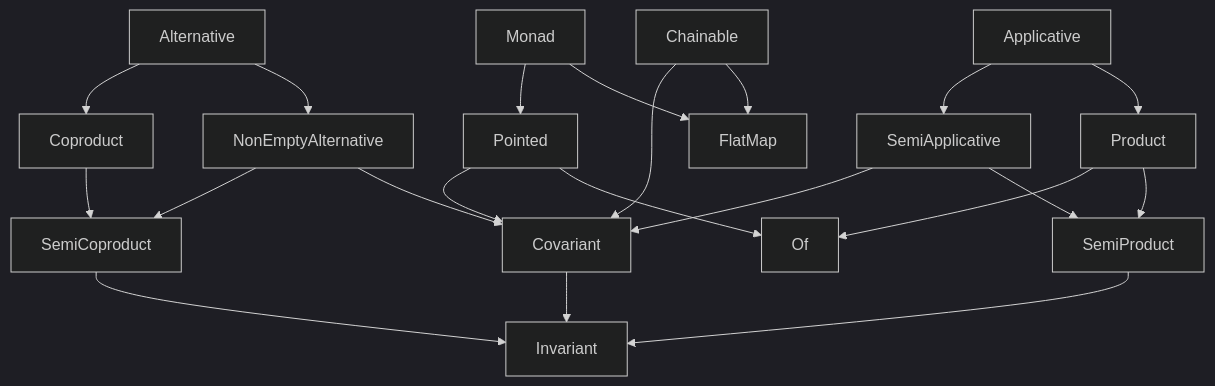
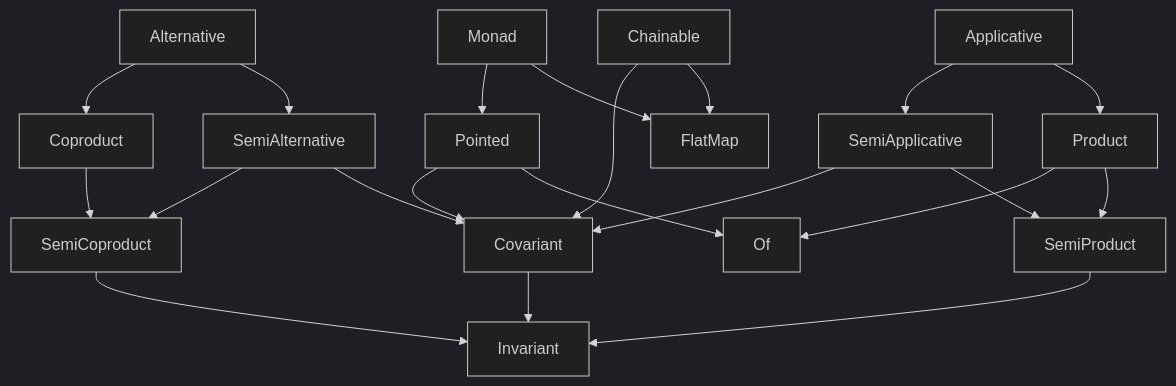
Before and after one commit to fp-ts/core: the diagram in Overview.md, drawn with Mermaid (dark theme). The commit also changed other lines of this file and 6 other files, not shown here.

Commit message:
NonEmptyAlternative: rename to SemiAlternative

````diff
--- a/Overview.md
+++ b/Overview.md
@@ -110,23 +110,23 @@
 ```mermaid
 flowchart TD
-    Alternative --> NonEmptyAlternative
+    Alternative --> SemiAlternative
     Alternative --> Coproduct
     Applicative --> Product
     Coproduct --> SemiCoproduct
-    NonEmptyAlternative --> Covariant
-    NonEmptyAlternative --> SemiCoproduct
+    SemiAlternative --> Covariant
+    SemiAlternative --> SemiCoproduct
     SemiApplicative --> SemiProduct
     SemiApplicative --> Covariant
     Applicative --> SemiApplicative
     Chainable --> FlatMap
     Chainable ---> Covariant
     Monad --> FlatMap
     Monad --> Pointed
     Pointed --> Of
     Pointed --> Covariant
     Product --> SemiProduct
     Product --> Of
     SemiProduct --> Invariant
     Covariant --> Invariant
     SemiCoproduct --> Invariant
 ```
````
